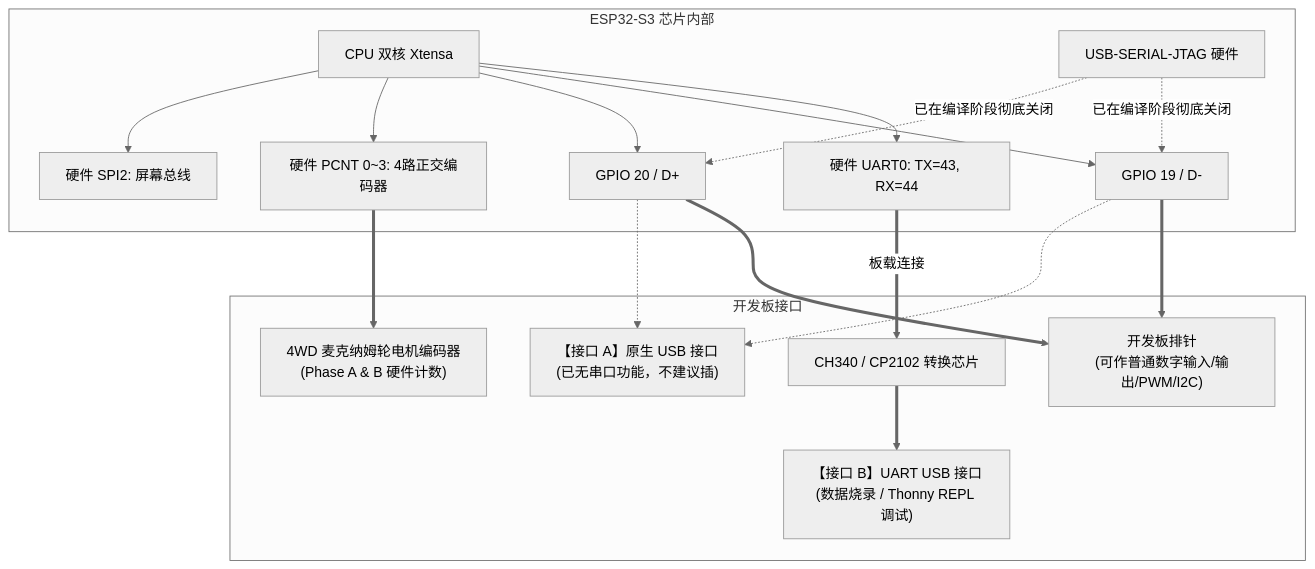
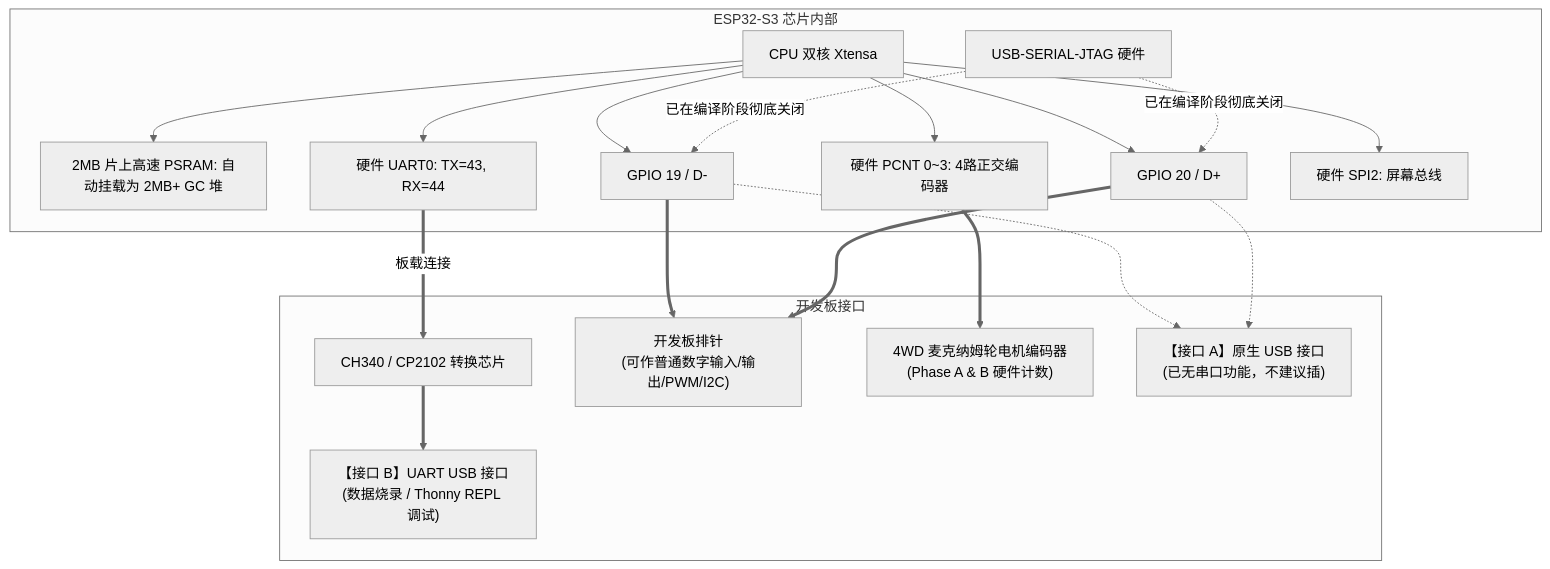
The diagram in README.md (PeppaIPig/esp-lvgl-19-20io-firmware), drawn with Mermaid (neutral theme) before and after one commit. The commit also changed other lines of this file and 11 other files, not shown here.

````diff
--- a/README.md
+++ b/README.md
@@ -29,22 +30,23 @@
 ```mermaid
 graph TD
     subgraph ESP32-S3 芯片内部
-        Core[CPU 双核 Xtensa] --> UART0[硬件 UART0: TX=43, RX=44]
+        Core[CPU 双核 Xtensa] --> PSRAM[2MB 片上高速 PSRAM: 自动挂载为 2MB+ GC 堆]
+        Core --> UART0[硬件 UART0: TX=43, RX=44]
         Core --> GPIO19[GPIO 19 / D-]
         Core --> GPIO20[GPIO 20 / D+]
         Core --> PCNT[硬件 PCNT 0~3: 4路正交编码器]
         Core --> SPI2[硬件 SPI2: 屏幕总线]
         USB_JTAG[USB-SERIAL-JTAG 硬件] -.->|已在编译阶段彻底关闭| GPIO19
         USB_JTAG -.->|已在编译阶段彻底关闭| GPIO20
     end
 
     subgraph 开发板接口
         UART0 ==>|板载连接| Bridge[CH340 / CP2102 转换芯片]
         Bridge ==> PortB["【接口 B】UART USB 接口<br>(数据烧录 / Thonny REPL 调试)"]
         GPIO19 ==> Headers["开发板排针<br>(可作普通数字输入/输出/PWM/I2C)"]
         GPIO20 ==> Headers
         PCNT ==> Motors["4WD 麦克纳姆轮电机编码器<br>(Phase A & B 硬件计数)"]
         GPIO19 -.-> PortA["【接口 A】原生 USB 接口<br>(已无串口功能，不建议插)"]
         GPIO20 -.-> PortA
     end
 ```
````
